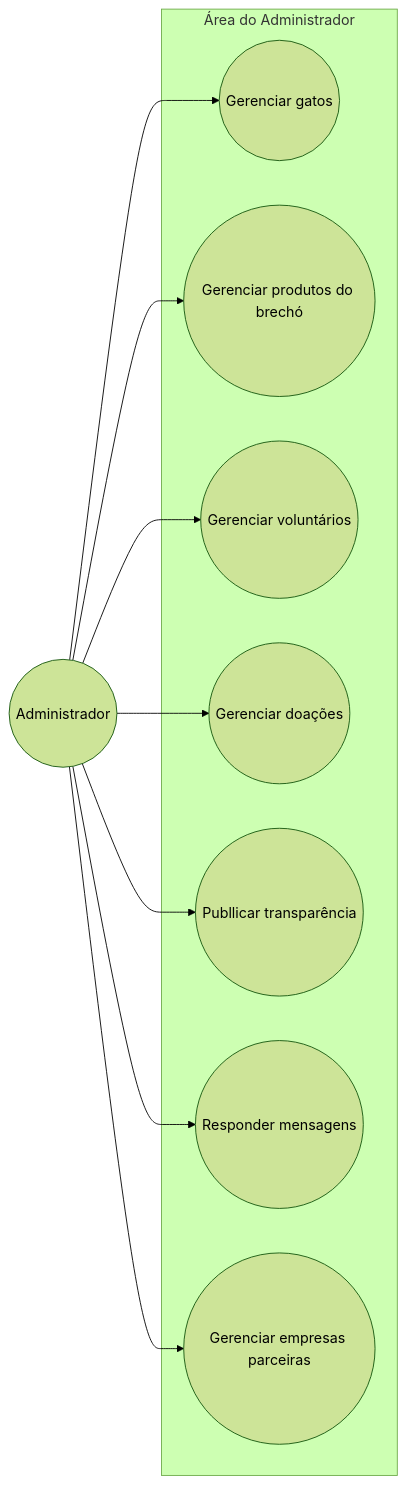
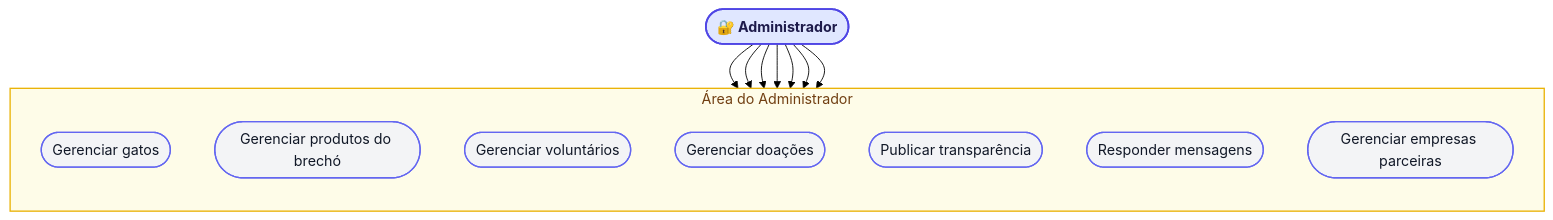
Before and after one commit to ligiaoliveira/Casa-dos-Gatos: the third of 10 diagrams in README.md, drawn with Mermaid (forest theme). The commit also changed other lines of this file, not shown here.

````diff
--- a/README.md
+++ b/README.md
@@ -222,23 +225,32 @@
 ```mermaid
-flowchart LR
-  Administrador((Administrador))
+flowchart TD
+    %% Estilo para melhorar nitidez e visual UML
+    classDef ator fill:#e0e7ff,stroke:#4f46e5,stroke-width:2px,color:#1e1b4b,font-weight:bold;
+    classDef caso fill:#f3f4f6,stroke:#6366f1,stroke-width:1.5px,color:#111827;
 
-  subgraph Área do Administrador
-      UC1((Gerenciar gatos))
-      UC2((Gerenciar produtos do brechó))
-      UC3((Gerenciar voluntários))
-      UC4((Gerenciar doações))
-      UC5((Publlicar transparência))
-      UC6((Responder mensagens))
-      UC7((Gerenciar empresas parceiras))
-  end
+    Administrador([🔐 Administrador]):::ator
 
-  Administrador --> UC1
-  Administrador --> UC2
-  Administrador --> UC3
-  Administrador --> UC4
-  Administrador --> UC5
-  Administrador --> UC6
-  Administrador --> UC7
+    subgraph AreaAdministrador ["Área do Administrador"]
+        direction TB
 
+        UC1([Gerenciar gatos]):::caso
+        UC2([Gerenciar produtos do brechó]):::caso
+        UC3([Gerenciar voluntários]):::caso
+        UC4([Gerenciar doações]):::caso
+        UC5([Publicar transparência]):::caso
+        UC6([Responder mensagens]):::caso
+        UC7([Gerenciar empresas parceiras]):::caso
+    end
+
+    %% Conexões do Administrador espalhadas horizontalmente
+    Administrador --> UC1
+    Administrador --> UC2
+    Administrador --> UC3
+    Administrador --> UC4
+    Administrador --> UC5
+    Administrador --> UC6
+    Administrador --> UC7
+
+    %% Estilo da caixa Área do Administrador
+    style AreaAdministrador fill:#fefce8,stroke:#eab308,stroke-width:1.5px,color:#713f12
 ```
````
